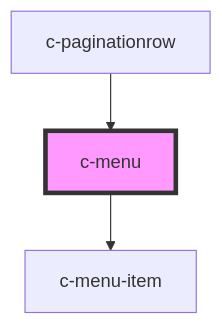
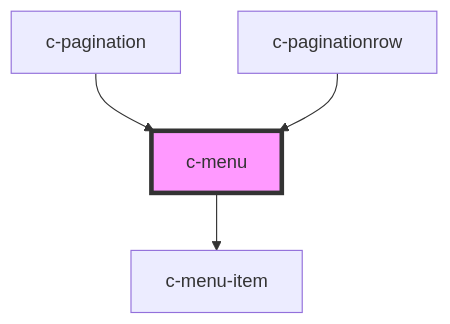
One commit to hannyle/csc-ui changed the diagram in src/components/c-menu/readme.md. Above: the diagram before and after it, drawn with Mermaid. The commit also changed other lines of this file and 23 other files, not shown here.

````diff
--- a/src/components/c-menu/readme.md
+++ b/src/components/c-menu/readme.md
@@ -29,6 +30,7 @@
 ```mermaid
 graph TD;
   c-menu --> c-menu-item
+  c-pagination --> c-menu
   c-paginationrow --> c-menu
   style c-menu fill:#f9f,stroke:#333,stroke-width:4px
 ```
````
